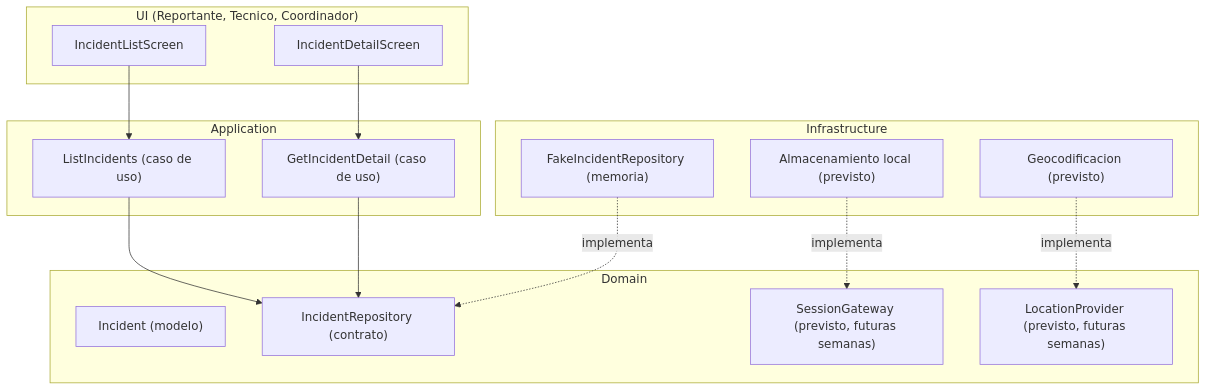
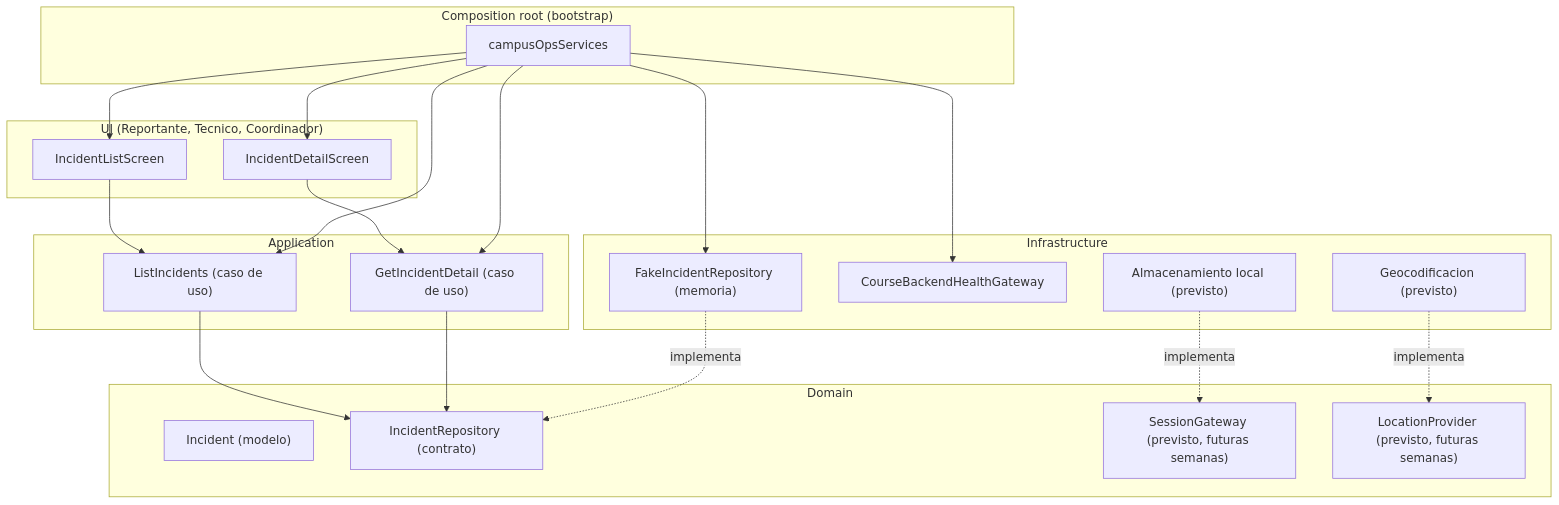
One commit to Rita026/CampusOps-10B-E06 changed the diagram in docs/architecture.mmd. Above: the diagram before and after it, drawn with Mermaid. The commit also changed 14 other files, not shown here.

```diff
--- a/docs/architecture.mmd
+++ b/docs/architecture.mmd
@@ -1,31 +1,42 @@
 graph TD
   subgraph UI["UI (Reportante, Tecnico, Coordinador)"]
     ScreenList["IncidentListScreen"]
     ScreenDetail["IncidentDetailScreen"]
   end
 
   subgraph Application["Application"]
     UC1["ListIncidents (caso de uso)"]
     UC2["GetIncidentDetail (caso de uso)"]
   end
 
   subgraph Domain["Domain"]
     Model["Incident (modelo)"]
     Contract["IncidentRepository (contrato)"]
     SessionPort["SessionGateway (previsto, futuras semanas)"]
     LocationPort["LocationProvider (previsto, futuras semanas)"]
   end
 
   subgraph Infrastructure["Infrastructure"]
     Fake["FakeIncidentRepository (memoria)"]
+    HealthAdapter["CourseBackendHealthGateway"]
     PersistPort["Almacenamiento local (previsto)"]
     LocationAdapter["Geocodificacion (previsto)"]
+  end
+
+  subgraph Bootstrap["Composition root (bootstrap)"]
+    Compose["campusOpsServices"]
   end
 
   ScreenList --> UC1
   ScreenDetail --> UC2
   UC1 --> Contract
   UC2 --> Contract
   Fake -.implementa.-> Contract
+  Compose --> Fake
+  Compose --> HealthAdapter
+  Compose --> UC1
+  Compose --> UC2
+  Compose --> ScreenList
+  Compose --> ScreenDetail
   PersistPort -.implementa.-> SessionPort
   LocationAdapter -.implementa.-> LocationPort
```
